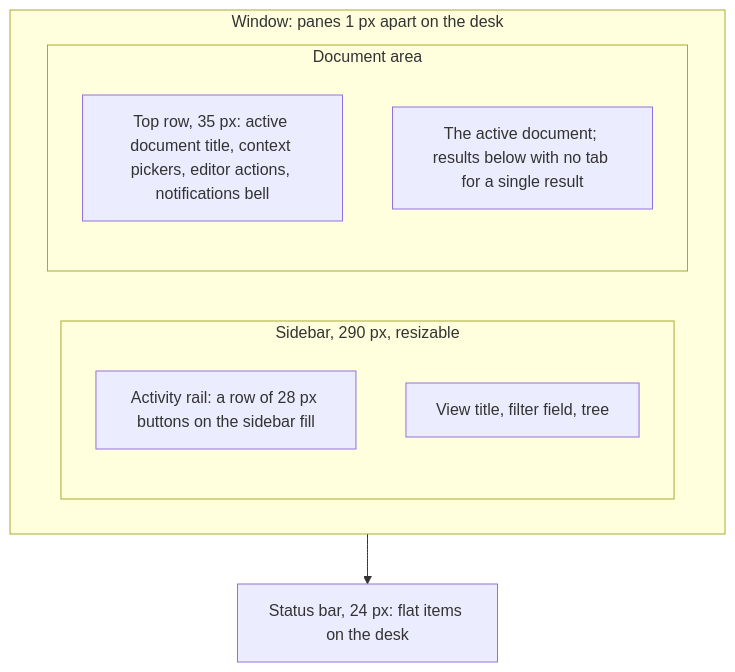
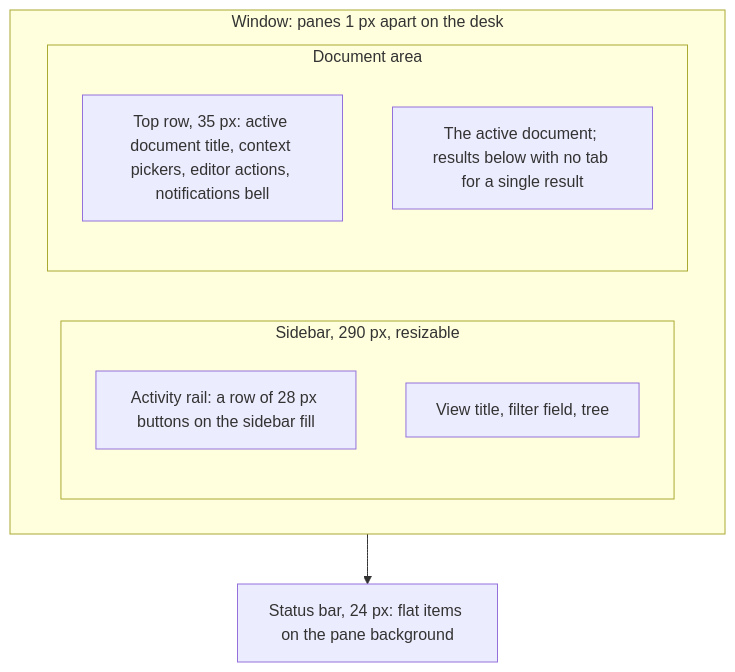
One commit to warfl0p/dbflux changed the diagram in DESIGN.md. Above: the diagram before and after it, drawn with Mermaid. The commit also changed other lines of this file and 5 other files, not shown here.

First line of the commit message:
style(theme): darker editor background and lighter pane dividers, as VS Code

````diff
--- a/DESIGN.md
+++ b/DESIGN.md
@@ -191,16 +192,16 @@
 ```mermaid
 flowchart TB
     subgraph body["Window: panes 1 px apart on the desk"]
         direction LR
         subgraph sidebar["Sidebar, 290 px, resizable"]
             rail["Activity rail: a row of 28 px buttons on the sidebar fill"]
             tree["View title, filter field, tree"]
         end
         subgraph document["Document area"]
             top["Top row, 35 px: active document title, context pickers, editor actions, notifications bell"]
             doc["The active document; results below with no tab for a single result"]
         end
     end
-    status["Status bar, 24 px: flat items on the desk"]
+    status["Status bar, 24 px: flat items on the pane background"]
     body --> status
 ```
````
